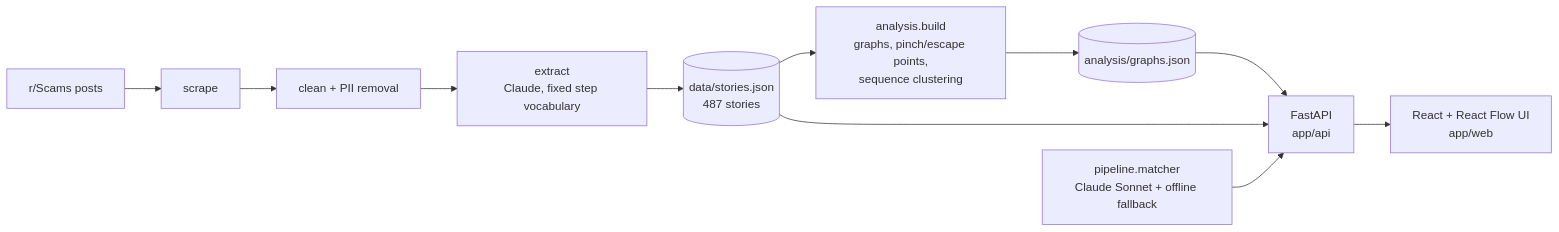
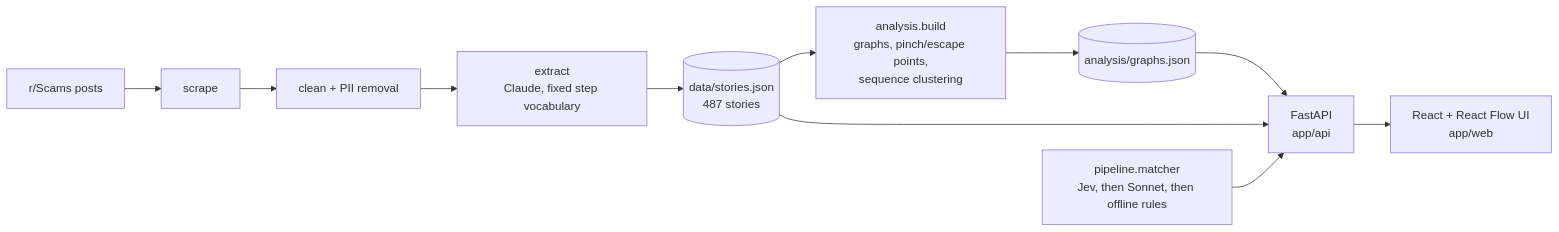
One commit to farajgrow/Neural-Network changed the diagram in README.md. Above: the diagram before and after it, drawn with Mermaid. The commit also changed other lines of this file and 5 other files, not shown here.

Commit message:
Support the Jev matcher source in the API, UI and docs

````diff
--- a/README.md
+++ b/README.md
@@ -19,11 +19,11 @@
 ```mermaid
 flowchart LR
   R[r/Scams posts] --> S[scrape] --> C[clean + PII removal] --> X[extract<br/>Claude, fixed step vocabulary]
   X --> D[(data/stories.json<br/>487 stories)]
   D --> G[analysis.build<br/>graphs, pinch/escape points,<br/>sequence clustering]
   G --> J[(analysis/graphs.json)]
   J --> A[FastAPI<br/>app/api]
   D --> A
-  M[pipeline.matcher<br/>Claude Sonnet + offline fallback] --> A
+  M[pipeline.matcher<br/>Jev, then Sonnet, then offline rules] --> A
   A --> W[React + React Flow UI<br/>app/web]
 ```
````
